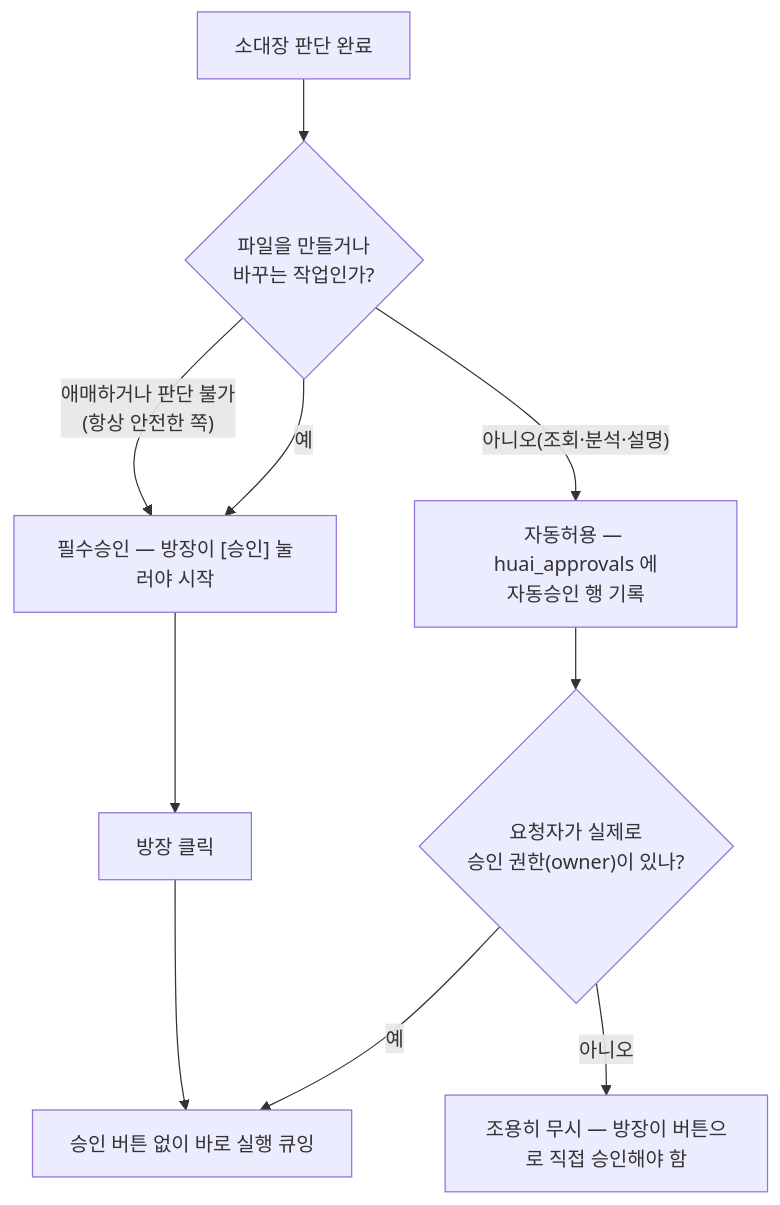
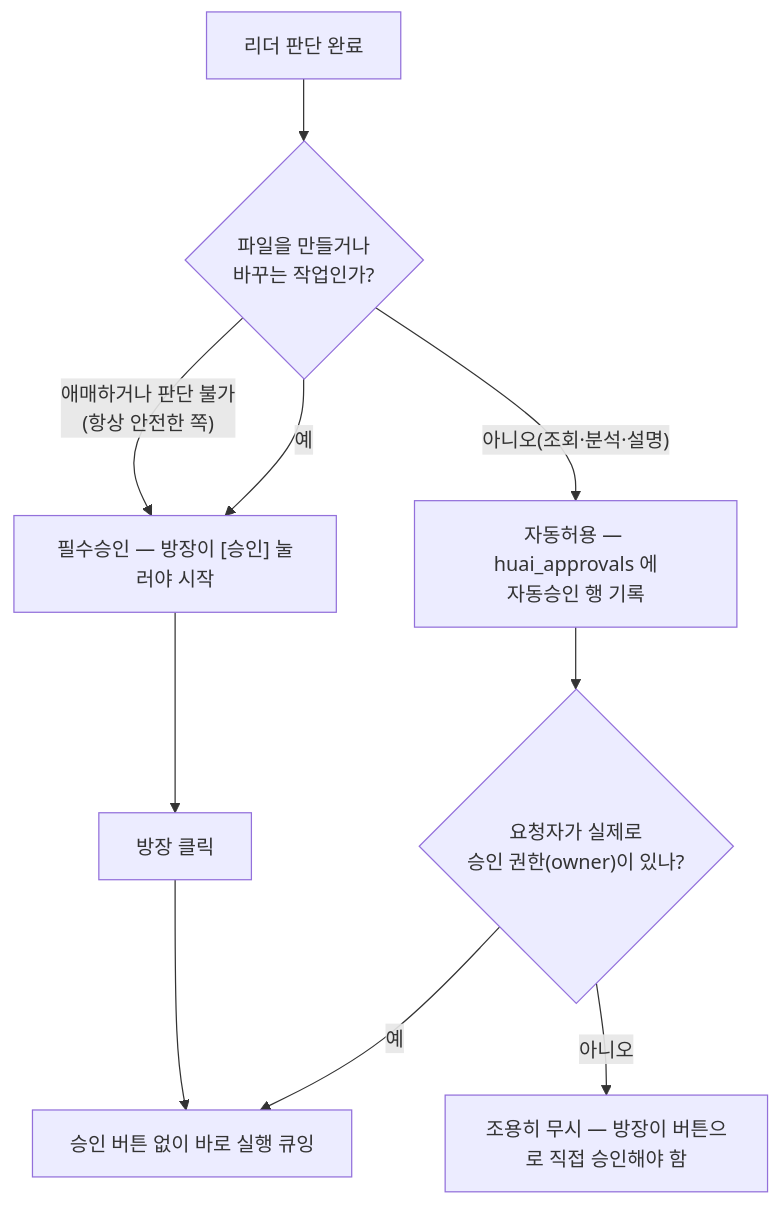
One commit to SUNWOONGKYU/HuAIChatroomSystem changed the second of 4 diagrams in docs/작업_흐름도.md. Above: the diagram before and after it, drawn with Mermaid. The commit also changed other lines of this file and 12 other files, not shown here.

````diff
--- a/docs/작업_흐름도.md
+++ b/docs/작업_흐름도.md
@@ -53,11 +53,11 @@
 ```mermaid
 flowchart TD
-  PLAN["소대장 판단 완료"] --> Q{"파일을 만들거나<br/>바꾸는 작업인가?"}
+  PLAN["리더 판단 완료"] --> Q{"파일을 만들거나<br/>바꾸는 작업인가?"}
   Q -->|"애매하거나 판단 불가<br/>(항상 안전한 쪽)"| MUST["필수승인 — 방장이 [승인] 눌러야 시작"]
   Q -->|"예"| MUST
   Q -->|"아니오(조회·분석·설명)"| AUTO["자동허용 — huai_approvals 에<br/>자동승인 행 기록"]
   AUTO --> REPLAY{"요청자가 실제로<br/>승인 권한(owner)이 있나?"}
   REPLAY -->|예| START["승인 버튼 없이 바로 실행 큐잉"]
   REPLAY -->|아니오| IGNORE["조용히 무시 — 방장이 버튼으로 직접 승인해야 함"]
   MUST --> CLICK["방장 클릭"] --> START
 ```
````
